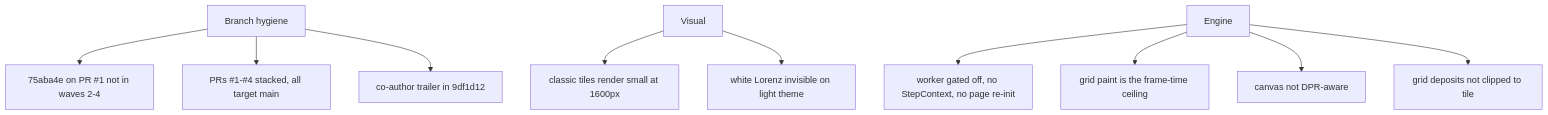
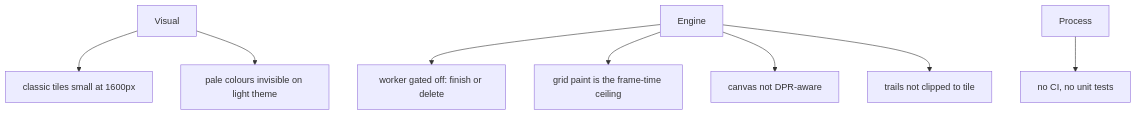
One commit to stanislavhi/the-record changed the diagram in lode/plans/roadmap.md. Above: the diagram before and after it, drawn with Mermaid. The commit also changed other lines of this file and 6 other files, not shown here.

````diff
--- a/lode/plans/roadmap.md
+++ b/lode/plans/roadmap.md
@@ -5,12 +7,10 @@
 ```mermaid
 flowchart TD
-    Branch[Branch hygiene] --> Commit75[75aba4e on PR #1 not in waves 2-4]
-    Branch --> Stack[PRs #1-#4 stacked, all target main]
-    Branch --> CoAuthor[co-author trailer in 9df1d12]
-    Visual[Visual] --> Small[classic tiles render small at 1600px]
-    Visual --> Light[white Lorenz invisible on light theme]
-    Engine[Engine] --> Worker[worker gated off, no StepContext, no page re-init]
+    Visual[Visual] --> Small[classic tiles small at 1600px]
+    Visual --> Light[pale colours invisible on light theme]
+    Engine[Engine] --> Worker[worker gated off: finish or delete]
     Engine --> GridPerf[grid paint is the frame-time ceiling]
     Engine --> DPR[canvas not DPR-aware]
-    Engine --> Bleed[grid deposits not clipped to tile]
+    Engine --> Bleed[trails not clipped to tile]
+    Process[Process] --> CI[no CI, no unit tests]
 ```
````
